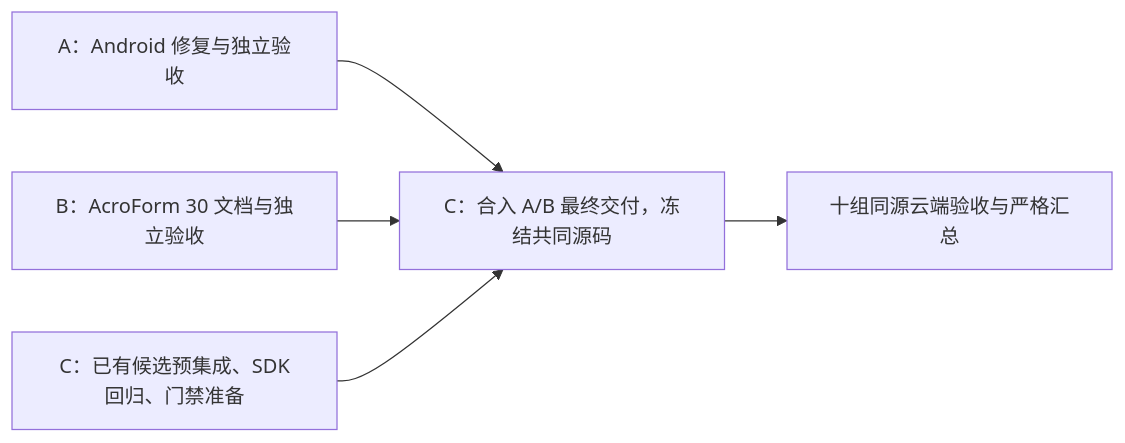
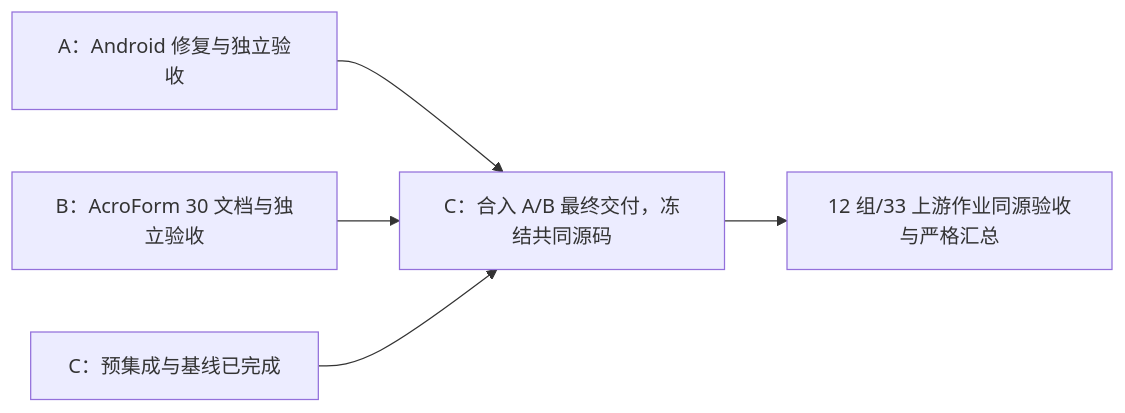
One commit to NoGod3524/EXReader changed the diagram in docs/handoffs/2026-10-22-parallel-index.md. Above: the diagram before and after it, drawn with Mermaid. The commit also changed other lines of this file and 9 other files, not shown here.

````diff
--- a/docs/handoffs/2026-10-22-parallel-index.md
+++ b/docs/handoffs/2026-10-22-parallel-index.md
@@ -16,7 +19,7 @@
 ```mermaid
 flowchart LR
   A["A：Android 修复与独立验收"] --> F["C：合入 A/B 最终交付，冻结共同源码"]
   B["B：AcroForm 30 文档与独立验收"] --> F
-  C["C：已有候选预集成、SDK回归、门禁准备"] --> F
-  F --> V["十组同源云端验收与严格汇总"]
+  C["C：预集成与基线已完成"] --> F
+  F --> V["12 组/33 上游作业同源验收与严格汇总"]
 ```
````
